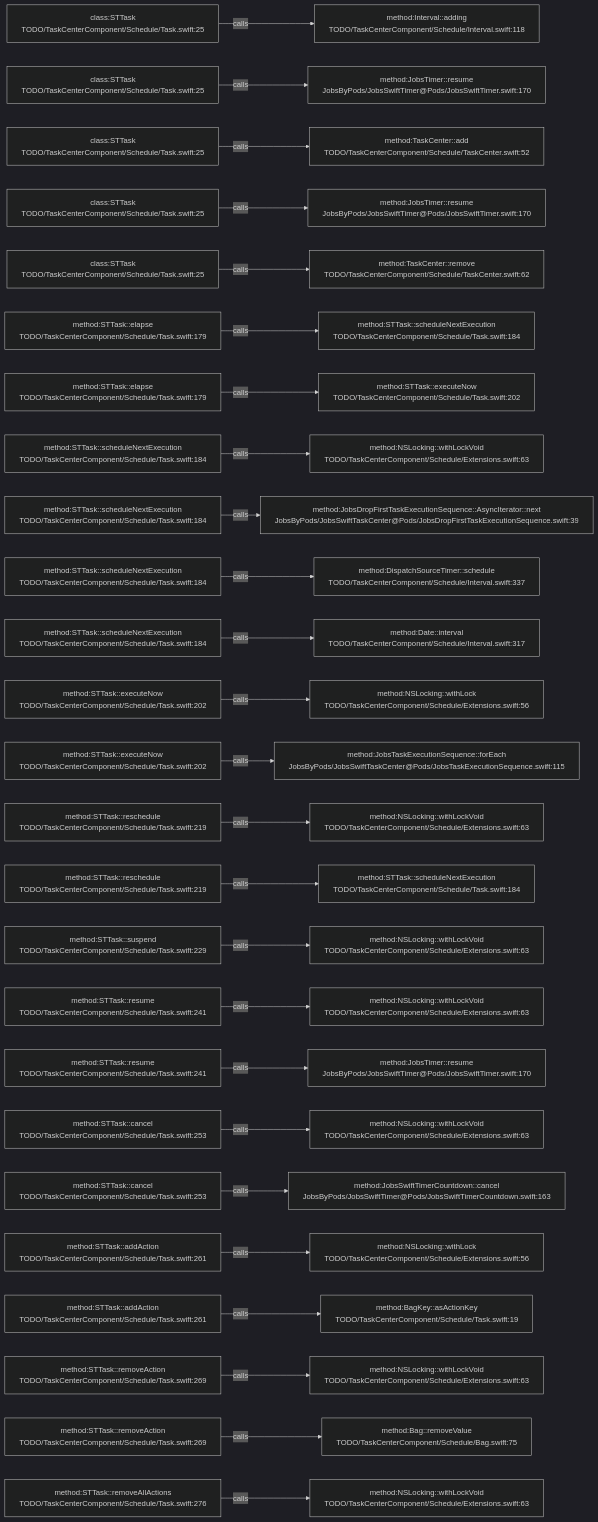
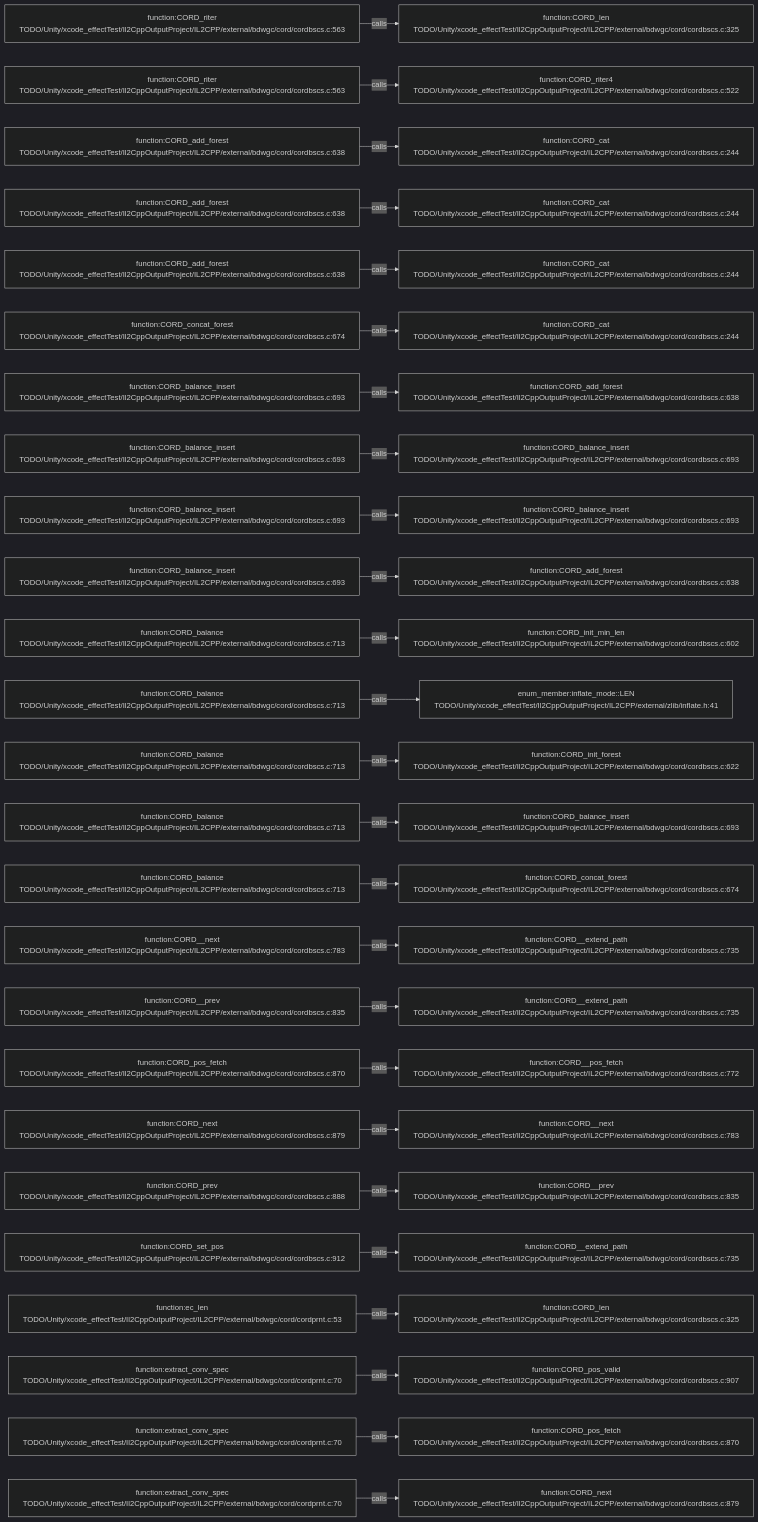
The diagram in .codegraph/codegraph.md/graphs/calls-085.md (JobsKits/JobsSwiftBaseConfigDemo), drawn with Mermaid (dark theme) before and after one commit. The commit also changed 227 other files, not shown here.

````diff
--- a/.codegraph/codegraph.md/graphs/calls-085.md
+++ b/.codegraph/codegraph.md/graphs/calls-085.md
@@ -13,78 +13,78 @@
 ```mermaid
 flowchart LR
-  S1["class:STTask<br/>TODO/TaskCenterComponent/Schedule/Task.swift:25"]
-  T1["method:Interval::adding<br/>TODO/TaskCenterComponent/Schedule/Interval.swift:118"]
+  S1["function:CORD_riter<br/>TODO/Unity/xcode_effectTest/Il2CppOutputProject/IL2CPP/external/bdwgc/cord/cordbscs.c:563"]
+  T1["function:CORD_len<br/>TODO/Unity/xcode_effectTest/Il2CppOutputProject/IL2CPP/external/bdwgc/cord/cordbscs.c:325"]
   S1 -->|calls| T1
-  S2["class:STTask<br/>TODO/TaskCenterComponent/Schedule/Task.swift:25"]
-  T2["method:JobsTimer::resume<br/>JobsByPods/JobsSwiftTimer@Pods/JobsSwiftTimer.swift:170"]
+  S2["function:CORD_riter<br/>TODO/Unity/xcode_effectTest/Il2CppOutputProject/IL2CPP/external/bdwgc/cord/cordbscs.c:563"]
+  T2["function:CORD_riter4<br/>TODO/Unity/xcode_effectTest/Il2CppOutputProject/IL2CPP/external/bdwgc/cord/cordbscs.c:522"]
   S2 -->|calls| T2
-  S3["class:STTask<br/>TODO/TaskCenterComponent/Schedule/Task.swift:25"]
-  T3["method:TaskCenter::add<br/>TODO/TaskCenterComponent/Schedule/TaskCenter.swift:52"]
+  S3["function:CORD_add_forest<br/>TODO/Unity/xcode_effectTest/Il2CppOutputProject/IL2CPP/external/bdwgc/cord/cordbscs.c:638"]
+  T3["function:CORD_cat<br/>TODO/Unity/xcode_effectTest/Il2CppOutputProject/IL2CPP/external/bdwgc/cord/cordbscs.c:244"]
   S3 -->|calls| T3
-  S4["class:STTask<br/>TODO/TaskCenterComponent/Schedule/Task.swift:25"]
-  T4["method:JobsTimer::resume<br/>JobsByPods/JobsSwiftTimer@Pods/JobsSwiftTimer.swift:170"]
+  S4["function:CORD_add_forest<br/>TODO/Unity/xcode_effectTest/Il2CppOutputProject/IL2CPP/external/bdwgc/cord/cordbscs.c:638"]
+  T4["function:CORD_cat<br/>TODO/Unity/xcode_effectTest/Il2CppOutputProject/IL2CPP/external/bdwgc/cord/cordbscs.c:244"]
   S4 -->|calls| T4
-  S5["class:STTask<br/>TODO/TaskCenterComponent/Schedule/Task.swift:25"]
-  T5["method:TaskCenter::remove<br/>TODO/TaskCenterComponent/Schedule/TaskCenter.swift:62"]
+  S5["function:CORD_add_forest<br/>TODO/Unity/xcode_effectTest/Il2CppOutputProject/IL2CPP/external/bdwgc/cord/cordbscs.c:638"]
+  T5["function:CORD_cat<br/>TODO/Unity/xcode_effectTest/Il2CppOutputProject/IL2CPP/external/bdwgc/cord/cordbscs.c:244"]
   S5 -->|calls| T5
-  S6["method:STTask::elapse<br/>TODO/TaskCenterComponent/Schedule/Task.swift:179"]
-  T6["method:STTask::scheduleNextExecution<br/>TODO/TaskCenterComponent/Schedule/Task.swift:184"]
+  S6["function:CORD_concat_forest<br/>TODO/Unity/xcode_effectTest/Il2CppOutputProject/IL2CPP/external/bdwgc/cord/cordbscs.c:674"]
+  T6["function:CORD_cat<br/>TODO/Unity/xcode_effectTest/Il2CppOutputProject/IL2CPP/external/bdwgc/cord/cordbscs.c:244"]
   S6 -->|calls| T6
-  S7["method:STTask::elapse<br/>TODO/TaskCenterComponent/Schedule/Task.swift:179"]
-  T7["method:STTask::executeNow<br/>TODO/TaskCenterComponent/Schedule/Task.swift:202"]
+  S7["function:CORD_balance_insert<br/>TODO/Unity/xcode_effectTest/Il2CppOutputProject/IL2CPP/external/bdwgc/cord/cordbscs.c:693"]
+  T7["function:CORD_add_forest<br/>TODO/Unity/xcode_effectTest/Il2CppOutputProject/IL2CPP/external/bdwgc/cord/cordbscs.c:638"]
   S7 -->|calls| T7
-  S8["method:STTask::scheduleNextExecution<br/>TODO/TaskCenterComponent/Schedule/Task.swift:184"]
-  T8["method:NSLocking::withLockVoid<br/>TODO/TaskCenterComponent/Schedule/Extensions.swift:63"]
+  S8["function:CORD_balance_insert<br/>TODO/Unity/xcode_effectTest/Il2CppOutputProject/IL2CPP/external/bdwgc/cord/cordbscs.c:693"]
+  T8["function:CORD_balance_insert<br/>TODO/Unity/xcode_effectTest/Il2CppOutputProject/IL2CPP/external/bdwgc/cord/cordbscs.c:693"]
   S8 -->|calls| T8
-  S9["method:STTask::scheduleNextExecution<br/>TODO/TaskCenterComponent/Schedule/Task.swift:184"]
-  T9["method:JobsDropFirstTaskExecutionSequence::AsyncIterator::next<br/>JobsByPods/JobsSwiftTaskCenter@Pods/JobsDropFirstTaskExecutionSequence.swift:39"]
+  S9["function:CORD_balance_insert<br/>TODO/Unity/xcode_effectTest/Il2CppOutputProject/IL2CPP/external/bdwgc/cord/cordbscs.c:693"]
+  T9["function:CORD_balance_insert<br/>TODO/Unity/xcode_effectTest/Il2CppOutputProject/IL2CPP/external/bdwgc/cord/cordbscs.c:693"]
   S9 -->|calls| T9
-  S10["method:STTask::scheduleNextExecution<br/>TODO/TaskCenterComponent/Schedule/Task.swift:184"]
-  T10["method:DispatchSourceTimer::schedule<br/>TODO/TaskCenterComponent/Schedule/Interval.swift:337"]
+  S10["function:CORD_balance_insert<br/>TODO/Unity/xcode_effectTest/Il2CppOutputProject/IL2CPP/external/bdwgc/cord/cordbscs.c:693"]
+  T10["function:CORD_add_forest<br/>TODO/Unity/xcode_effectTest/Il2CppOutputProject/IL2CPP/external/bdwgc/cord/cordbscs.c:638"]
   S10 -->|calls| T10
-  S11["method:STTask::scheduleNextExecution<br/>TODO/TaskCenterComponent/Schedule/Task.swift:184"]
-  T11["method:Date::interval<br/>TODO/TaskCenterComponent/Schedule/Interval.swift:317"]
+  S11["function:CORD_balance<br/>TODO/Unity/xcode_effectTest/Il2CppOutputProject/IL2CPP/external/bdwgc/cord/cordbscs.c:713"]
+  T11["function:CORD_init_min_len<br/>TODO/Unity/xcode_effectTest/Il2CppOutputProject/IL2CPP/external/bdwgc/cord/cordbscs.c:602"]
   S11 -->|calls| T11
-  S12["method:STTask::executeNow<br/>TODO/TaskCenterComponent/Schedule/Task.swift:202"]
-  T12["method:NSLocking::withLock<br/>TODO/TaskCenterComponent/Schedule/Extensions.swift:56"]
+  S12["function:CORD_balance<br/>TODO/Unity/xcode_effectTest/Il2CppOutputProject/IL2CPP/external/bdwgc/cord/cordbscs.c:713"]
+  T12["enum_member:inflate_mode::LEN<br/>TODO/Unity/xcode_effectTest/Il2CppOutputProject/IL2CPP/external/zlib/inflate.h:41"]
   S12 -->|calls| T12
-  S13["method:STTask::executeNow<br/>TODO/TaskCenterComponent/Schedule/Task.swift:202"]
-  T13["method:JobsTaskExecutionSequence::forEach<br/>JobsByPods/JobsSwiftTaskCenter@Pods/JobsTaskExecutionSequence.swift:115"]
+  S13["function:CORD_balance<br/>TODO/Unity/xcode_effectTest/Il2CppOutputProject/IL2CPP/external/bdwgc/cord/cordbscs.c:713"]
+  T13["function:CORD_init_forest<br/>TODO/Unity/xcode_effectTest/Il2CppOutputProject/IL2CPP/external/bdwgc/cord/cordbscs.c:622"]
   S13 -->|calls| T13
-  S14["method:STTask::reschedule<br/>TODO/TaskCenterComponent/Schedule/Task.swift:219"]
-  T14["method:NSLocking::withLockVoid<br/>TODO/TaskCenterComponent/Schedule/Extensions.swift:63"]
+  S14["function:CORD_balance<br/>TODO/Unity/xcode_effectTest/Il2CppOutputProject/IL2CPP/external/bdwgc/cord/cordbscs.c:713"]
+  T14["function:CORD_balance_insert<br/>TODO/Unity/xcode_effectTest/Il2CppOutputProject/IL2CPP/external/bdwgc/cord/cordbscs.c:693"]
   S14 -->|calls| T14
-  S15["method:STTask::reschedule<br/>TODO/TaskCenterComponent/Schedule/Task.swift:219"]
-  T15["method:STTask::scheduleNextExecution<br/>TODO/TaskCenterComponent/Schedule/Task.swift:184"]
+  S15["function:CORD_balance<br/>TODO/Unity/xcode_effectTest/Il2CppOutputProject/IL2CPP/external/bdwgc/cord/cordbscs.c:713"]
+  T15["function:CORD_concat_forest<br/>TODO/Unity/xcode_effectTest/Il2CppOutputProject/IL2CPP/external/bdwgc/cord/cordbscs.c:674"]
   S15 -->|calls| T15
-  S16["method:STTask::suspend<br/>TODO/TaskCenterComponent/Schedule/Task.swift:229"]
-  T16["method:NSLocking::withLockVoid<br/>TODO/TaskCenterComponent/Schedule/Extensions.swift:63"]
+  S16["function:CORD__next<br/>TODO/Unity/xcode_effectTest/Il2CppOutputProject/IL2CPP/external/bdwgc/cord/cordbscs.c:783"]
+  T16["function:CORD__extend_path<br/>TODO/Unity/xcode_effectTest/Il2CppOutputProject/IL2CPP/external/bdwgc/cord/cordbscs.c:735"]
   S16 -->|calls| T16
-  S17["method:STTask::resume<br/>TODO/TaskCenterComponent/Schedule/Task.swift:241"]
-  T17["method:NSLocking::withLockVoid<br/>TODO/TaskCenterComponent/Schedule/Extensions.swift:63"]
+  S17["function:CORD__prev<br/>TODO/Unity/xcode_effectTest/Il2CppOutputProject/IL2CPP/external/bdwgc/cord/cordbscs.c:835"]
+  T17["function:CORD__extend_path<br/>TODO/Unity/xcode_effectTest/Il2CppOutputProject/IL2CPP/external/bdwgc/cord/cordbscs.c:735"]
   S17 -->|calls| T17
-  S18["method:STTask::resume<br/>TODO/TaskCenterComponent/Schedule/Task.swift:241"]
-  T18["method:JobsTimer::resume<br/>JobsByPods/JobsSwiftTimer@Pods/JobsSwiftTimer.swift:170"]
+  S18["function:CORD_pos_fetch<br/>TODO/Unity/xcode_effectTest/Il2CppOutputProject/IL2CPP/external/bdwgc/cord/cordbscs.c:870"]
+  T18["function:CORD__pos_fetch<br/>TODO/Unity/xcode_effectTest/Il2CppOutputProject/IL2CPP/external/bdwgc/cord/cordbscs.c:772"]
   S18 -->|calls| T18
-  S19["method:STTask::cancel<br/>TODO/TaskCenterComponent/Schedule/Task.swift:253"]
-  T19["method:NSLocking::withLockVoid<br/>TODO/TaskCenterComponent/Schedule/Extensions.swift:63"]
+  S19["function:CORD_next<br/>TODO/Unity/xcode_effectTest/Il2CppOutputProject/IL2CPP/external/bdwgc/cord/cordbscs.c:879"]
+  T19["function:CORD__next<br/>TODO/Unity/xcode_effectTest/Il2CppOutputProject/IL2CPP/external/bdwgc/cord/cordbscs.c:783"]
   S19 -->|calls| T19
-  S20["method:STTask::cancel<br/>TODO/TaskCenterComponent/Schedule/Task.swift:253"]
-  T20["method:JobsSwiftTimerCountdown::cancel<br/>JobsByPods/JobsSwiftTimer@Pods/JobsSwiftTimerCountdown.swift:163"]
+  S20["function:CORD_prev<br/>TODO/Unity/xcode_effectTest/Il2CppOutputProject/IL2CPP/external/bdwgc/cord/cordbscs.c:888"]
+  T20["function:CORD__prev<br/>TODO/Unity/xcode_effectTest/Il2CppOutputProject/IL2CPP/external/bdwgc/cord/cordbscs.c:835"]
   S20 -->|calls| T20
-  S21["method:STTask::addAction<br/>TODO/TaskCenterComponent/Schedule/Task.swift:261"]
-  T21["method:NSLocking::withLock<br/>TODO/TaskCenterComponent/Schedule/Extensions.swift:56"]
+  S21["function:CORD_set_pos<br/>TODO/Unity/xcode_effectTest/Il2CppOutputProject/IL2CPP/external/bdwgc/cord/cordbscs.c:912"]
+  T21["function:CORD__extend_path<br/>TODO/Unity/xcode_effectTest/Il2CppOutputProject/IL2CPP/external/bdwgc/cord/cordbscs.c:735"]
   S21 -->|calls| T21
-  S22["method:STTask::addAction<br/>TODO/TaskCenterComponent/Schedule/Task.swift:261"]
-  T22["method:BagKey::asActionKey<br/>TODO/TaskCenterComponent/Schedule/Task.swift:19"]
+  S22["function:ec_len<br/>TODO/Unity/xcode_effectTest/Il2CppOutputProject/IL2CPP/external/bdwgc/cord/cordprnt.c:53"]
+  T22["function:CORD_len<br/>TODO/Unity/xcode_effectTest/Il2CppOutputProject/IL2CPP/external/bdwgc/cord/cordbscs.c:325"]
   S22 -->|calls| T22
-  S23["method:STTask::removeAction<br/>TODO/TaskCenterComponent/Schedule/Task.swift:269"]
-  T23["method:NSLocking::withLockVoid<br/>TODO/TaskCenterComponent/Schedule/Extensions.swift:63"]
+  S23["function:extract_conv_spec<br/>TODO/Unity/xcode_effectTest/Il2CppOutputProject/IL2CPP/external/bdwgc/cord/cordprnt.c:70"]
+  T23["function:CORD_pos_valid<br/>TODO/Unity/xcode_effectTest/Il2CppOutputProject/IL2CPP/external/bdwgc/cord/cordbscs.c:907"]
   S23 -->|calls| T23
-  S24["method:STTask::removeAction<br/>TODO/TaskCenterComponent/Schedule/Task.swift:269"]
-  T24["method:Bag::removeValue<br/>TODO/TaskCenterComponent/Schedule/Bag.swift:75"]
+  S24["function:extract_conv_spec<br/>TODO/Unity/xcode_effectTest/Il2CppOutputProject/IL2CPP/external/bdwgc/cord/cordprnt.c:70"]
+  T24["function:CORD_pos_fetch<br/>TODO/Unity/xcode_effectTest/Il2CppOutputProject/IL2CPP/external/bdwgc/cord/cordbscs.c:870"]
   S24 -->|calls| T24
-  S25["method:STTask::removeAllActions<br/>TODO/TaskCenterComponent/Schedule/Task.swift:276"]
-  T25["method:NSLocking::withLockVoid<br/>TODO/TaskCenterComponent/Schedule/Extensions.swift:63"]
+  S25["function:extract_conv_spec<br/>TODO/Unity/xcode_effectTest/Il2CppOutputProject/IL2CPP/external/bdwgc/cord/cordprnt.c:70"]
+  T25["function:CORD_next<br/>TODO/Unity/xcode_effectTest/Il2CppOutputProject/IL2CPP/external/bdwgc/cord/cordbscs.c:879"]
   S25 -->|calls| T25
 ```
````
